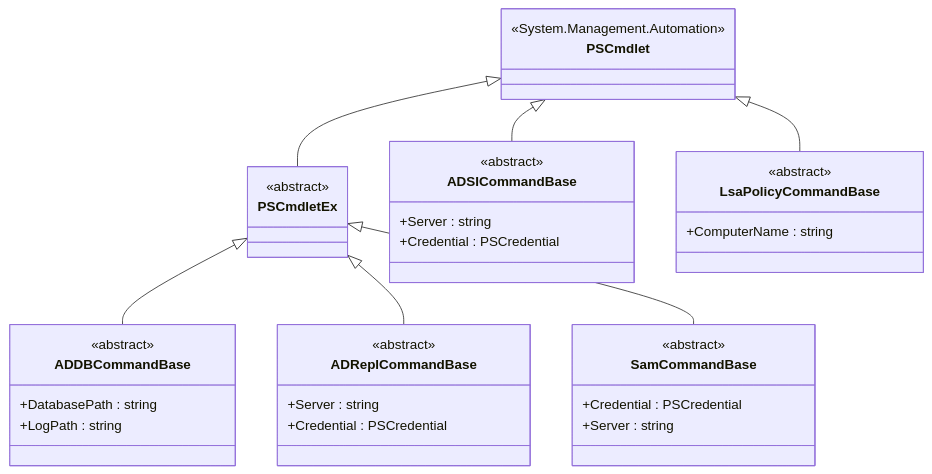
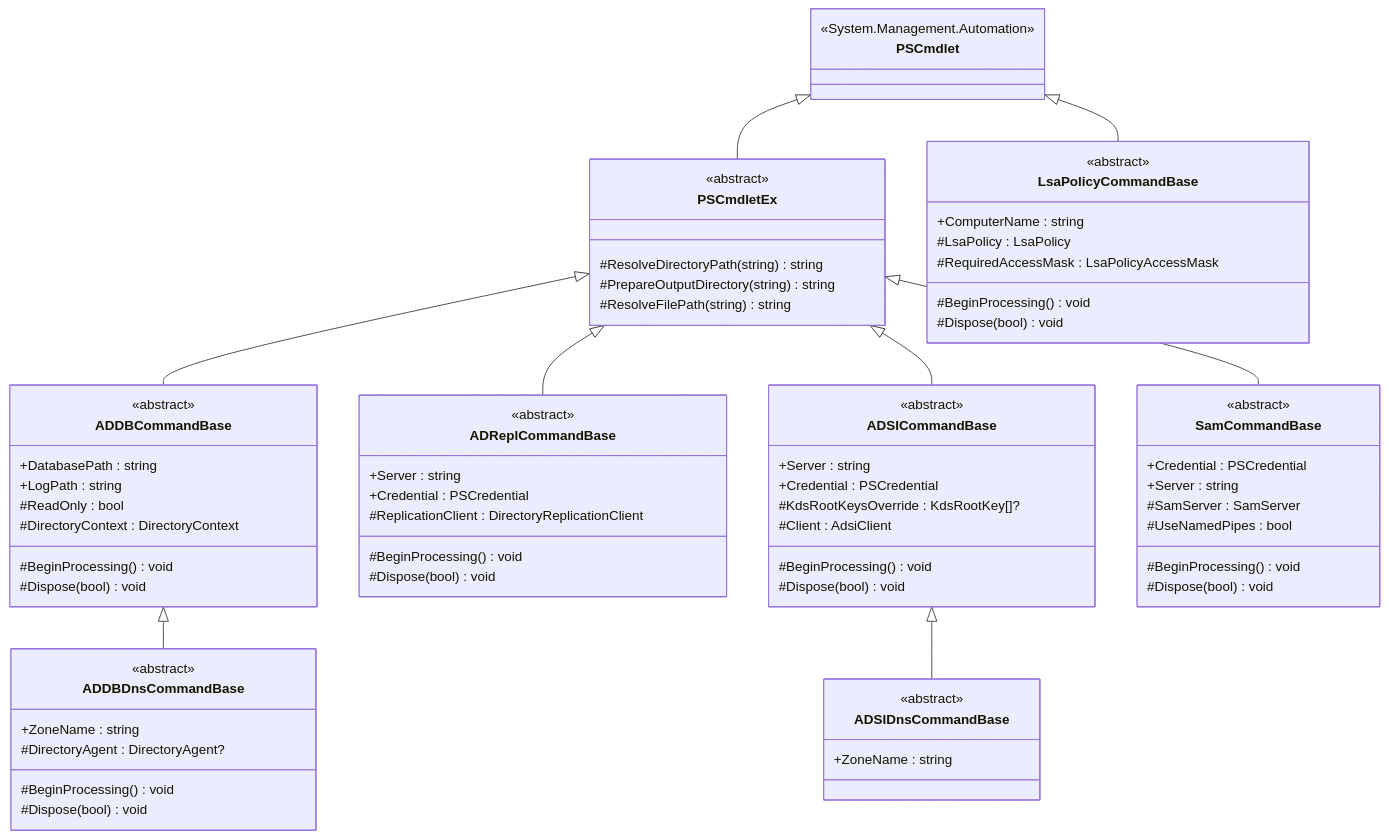
The first of 10 diagrams in Src/DSInternals.PowerShell/Commands/README.md (MichaelGrafnetter/DSInternals), drawn with Mermaid before and after one commit. The commit also changed other lines of this file and 286 other files, not shown here.

````diff
--- a/Src/DSInternals.PowerShell/Commands/README.md
+++ b/Src/DSInternals.PowerShell/Commands/README.md
@@ -9,41 +17,76 @@
 ```mermaid
 classDiagram
     direction TB
     class PSCmdlet {
         <<System.Management.Automation>>
     }
     class PSCmdletEx {
         <<abstract>>
+        #ResolveDirectoryPath(string) string
+        #PrepareOutputDirectory(string) string
+        #ResolveFilePath(string) string
     }
     class ADDBCommandBase {
         <<abstract>>
         +DatabasePath : string
         +LogPath : string
+        #ReadOnly : bool
+        #DirectoryContext : DirectoryContext
+        #BeginProcessing() void
+        #Dispose(bool) void
+    }
+    class ADDBDnsCommandBase {
+        <<abstract>>
+        +ZoneName : string
+        #DirectoryAgent : DirectoryAgent?
+        #BeginProcessing() void
+        #Dispose(bool) void
     }
     class ADReplCommandBase {
         <<abstract>>
         +Server : string
         +Credential : PSCredential
+        #ReplicationClient : DirectoryReplicationClient
+        #BeginProcessing() void
+        #Dispose(bool) void
     }
     class ADSICommandBase {
         <<abstract>>
         +Server : string
         +Credential : PSCredential
+        #KdsRootKeysOverride : KdsRootKey[]?
+        #Client : AdsiClient
+        #BeginProcessing() void
+        #Dispose(bool) void
+    }
+    class ADSIDnsCommandBase {
+        <<abstract>>
+        +ZoneName : string
     }
     class LsaPolicyCommandBase {
         <<abstract>>
         +ComputerName : string
+        #LsaPolicy : LsaPolicy
+        #RequiredAccessMask : LsaPolicyAccessMask
+        #BeginProcessing() void
+        #Dispose(bool) void
     }
     class SamCommandBase {
         <<abstract>>
         +Credential : PSCredential
         +Server : string
+        #SamServer : SamServer
+        #UseNamedPipes : bool
+        #BeginProcessing() void
+        #Dispose(bool) void
     }
 
     PSCmdlet <|-- PSCmdletEx
     PSCmdletEx <|-- ADDBCommandBase
+    ADDBCommandBase <|-- ADDBDnsCommandBase
     PSCmdletEx <|-- ADReplCommandBase
-    PSCmdlet <|-- ADSICommandBase
+    PSCmdletEx <|-- ADSICommandBase
+    ADSICommandBase <|-- ADSIDnsCommandBase
     PSCmdlet <|-- LsaPolicyCommandBase
     PSCmdletEx <|-- SamCommandBase
 ```
````
